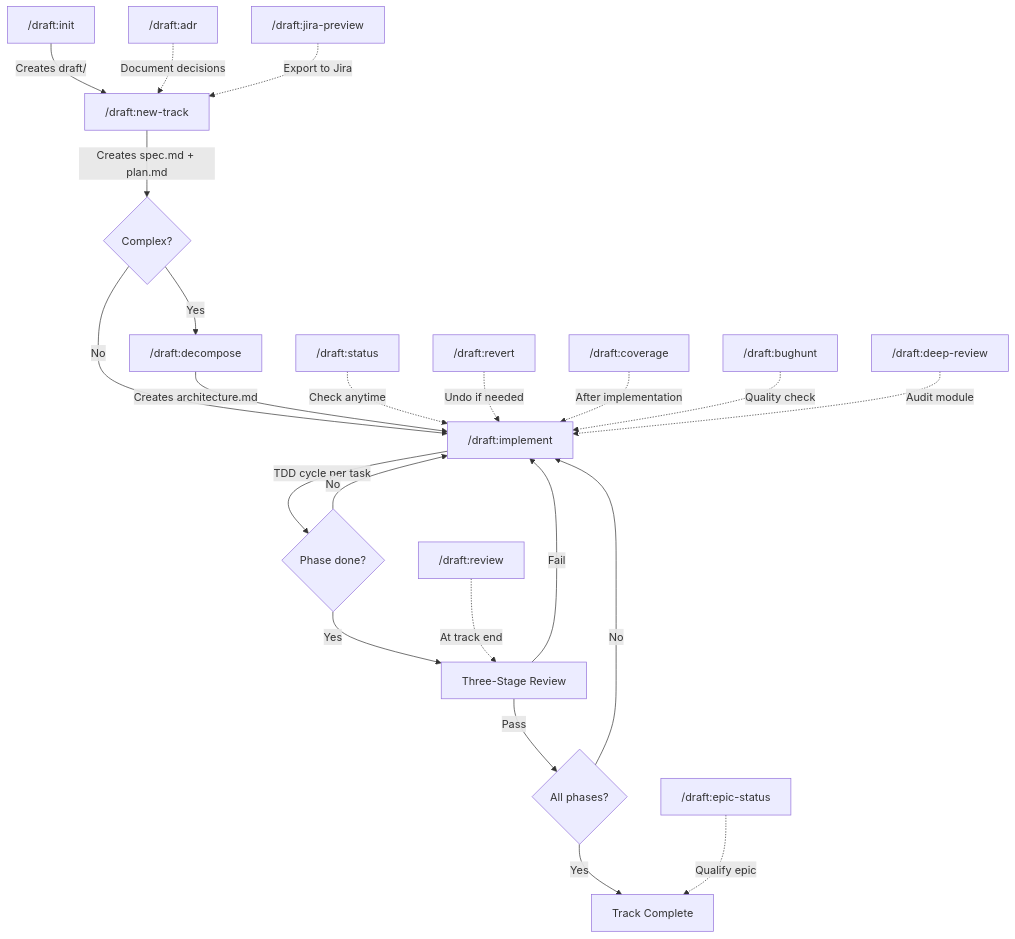
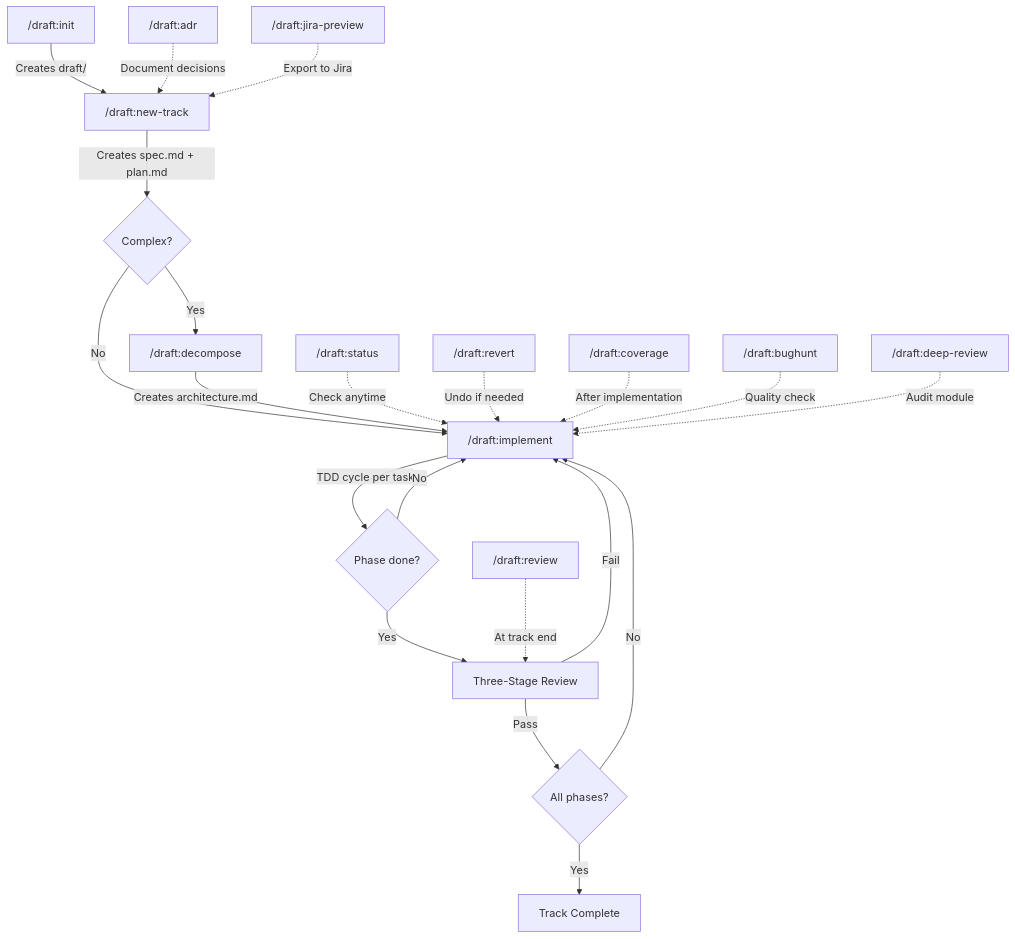
One commit to mayurpise/draft changed the first of 2 diagrams in core/methodology.md. Above: the diagram before and after it, drawn with Mermaid. The commit also changed other lines of this file and 9 other files, not shown here.

First line of the commit message:
feat: remove /draft:epic-status command

````diff
--- a/core/methodology.md
+++ b/core/methodology.md
@@ -89,25 +88,24 @@
 ```mermaid
 graph TD
     A["/draft:init"] -->|"Creates draft/"| B["/draft:new-track"]
     B -->|"Creates spec.md + plan.md"| C{Complex?}
     C -->|Yes| D["/draft:decompose"]
     C -->|No| E["/draft:implement"]
     D -->|"Creates architecture.md"| E
     E -->|"TDD cycle per task"| F{Phase done?}
     F -->|No| E
     F -->|Yes| G["Three-Stage Review"]
     G -->|Pass| H{All phases?}
     G -->|Fail| E
     H -->|No| E
     H -->|Yes| I["Track Complete"]
 
     J["/draft:status"] -.->|"Check anytime"| E
     K["/draft:revert"] -.->|"Undo if needed"| E
     L["/draft:coverage"] -.->|"After implementation"| E
     N["/draft:bughunt"] -.->|"Quality check"| E
     O["/draft:review"] -.->|"At track end"| G
     P["/draft:adr"] -.->|"Document decisions"| B
     Q["/draft:jira-preview"] -.->|"Export to Jira"| B
     R["/draft:deep-review"] -.->|"Audit module"| E
-    S["/draft:epic-status"] -.->|"Qualify epic"| I
 ```
````
